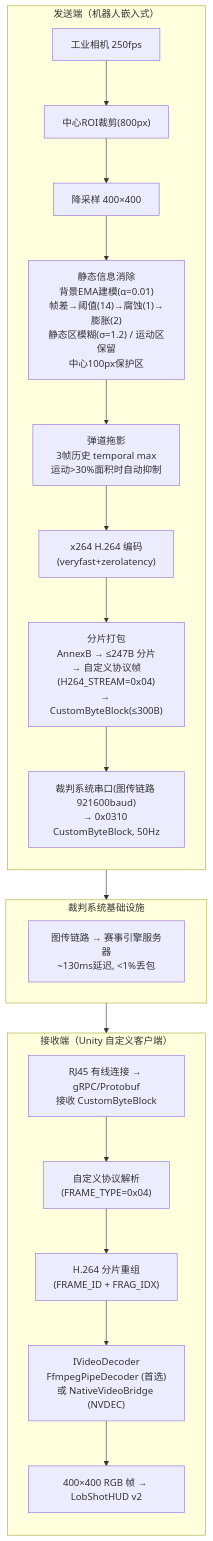
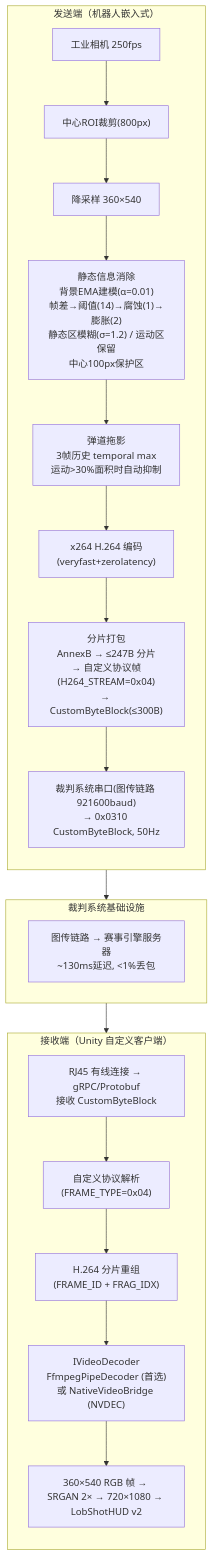
Before and after one commit to dfcyyyds/RoboMasterClientWMJ: the first of 15 diagrams in 文档/视觉吊射方案.md, drawn with Mermaid. The commit also changed other lines of this file and 15 other files, not shown here.

Commit message:
完成了 720 x 1080p 吊射图传，采用双线性插值进行优化

````diff
--- a/文档/视觉吊射方案.md
+++ b/文档/视觉吊射方案.md
@@ -139,29 +140,29 @@
 ```mermaid
 flowchart TB
   subgraph Sender["发送端（机器人嵌入式）"]
     direction TB
     Cam["工业相机 250fps"] --> ROI["中心ROI裁剪(800px)"]
-    ROI --> Down["降采样 400×400"]
+    ROI --> Down["降采样 360×540"]
     Down --> Static["静态信息消除<br/>背景EMA建模(α=0.01)<br/>帧差→阈值(14)→腐蚀(1)→膨胀(2)<br/>静态区模糊(σ=1.2) / 运动区保留<br/>中心100px保护区"]
     Static --> Trail["弹道拖影<br/>3帧历史 temporal max<br/>运动&gt;30%面积时自动抑制"]
     Trail --> Enc["x264 H.264 编码<br/>(veryfast+zerolatency)"]
     Enc --> Pack["分片打包<br/>AnnexB → ≤247B 分片<br/>→ 自定义协议帧(H264_STREAM=0x04)<br/>→ CustomByteBlock(≤300B)"]
     Pack --> Serial["裁判系统串口(图传链路 921600baud)<br/>→ 0x0310 CustomByteBlock, 50Hz"]
   end
 
   Serial --> Referee
 
   subgraph Referee["裁判系统基础设施"]
     ref1["图传链路 → 赛事引擎服务器<br/>~130ms延迟, &lt;1%丢包"]
   end
 
   Referee --> Recv
 
   subgraph Recv["接收端（Unity 自定义客户端）"]
     direction TB
     grpc["RJ45 有线连接 → gRPC/Protobuf<br/>接收 CustomByteBlock"] --> Parse["自定义协议解析<br/>(FRAME_TYPE=0x04)"]
     Parse --> Reassemble["H.264 分片重组<br/>(FRAME_ID + FRAG_IDX)"]
     Reassemble --> Decoder["IVideoDecoder<br/>FfmpegPipeDecoder (首选)<br/>或 NativeVideoBridge (NVDEC)"]
-    Decoder --> HUD["400×400 RGB 帧 → LobShotHUD v2"]
+    Decoder --> HUD["360×540 RGB 帧 → SRGAN 2× → 720×1080 → LobShotHUD v2"]
   end
 ```
````
